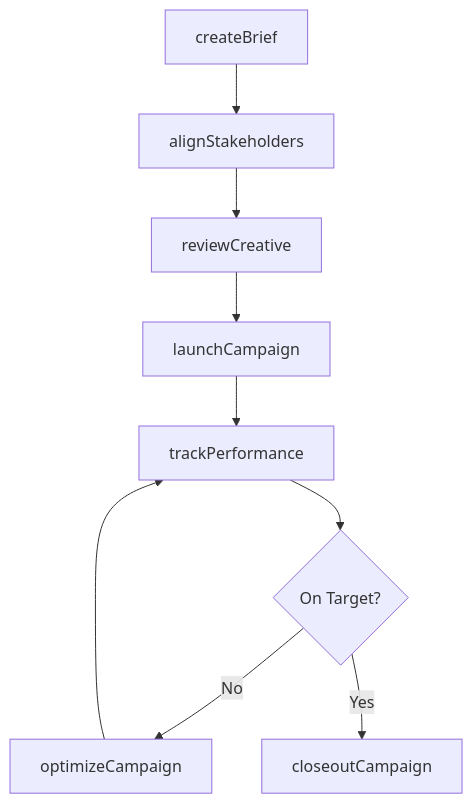
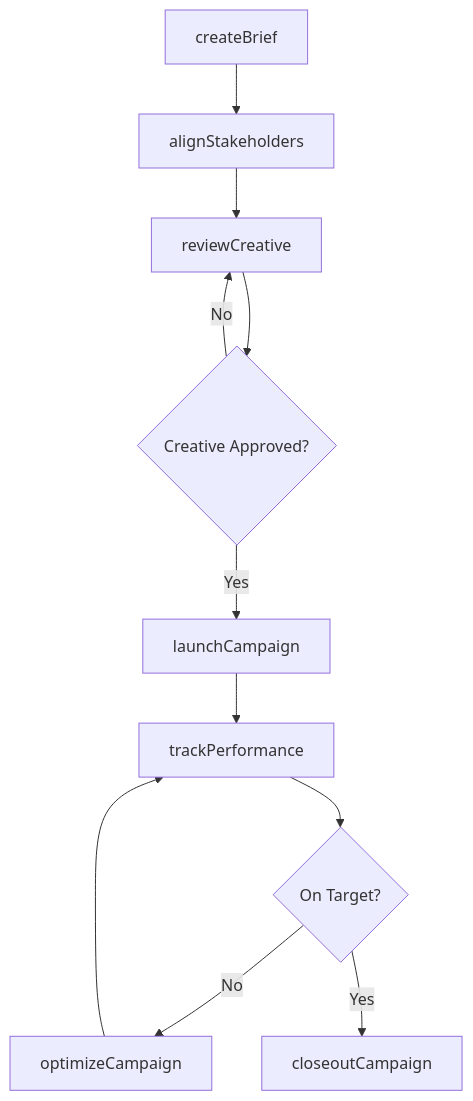
The third of 4 diagrams in CommunicatingWithSupervisorsPeersOrSubordinates/CommunicateWithOthersAboutBusinessStrategies/CollaborateOthersMarketingActivities.mdx (dot-org-ai/tasks.org.ai), drawn with Mermaid before and after one commit. The commit also changed other lines of this file and 266 other files, not shown here.

First line of the commit message:
feat: Add ER diagrams, state diagrams to wave 2 batch (251 DWA files)

````diff
--- a/CommunicatingWithSupervisorsPeersOrSubordinates/CommunicateWithOthersAboutBusinessStrategies/CollaborateOthersMarketingActivities.mdx
+++ b/CommunicatingWithSupervisorsPeersOrSubordinates/CommunicateWithOthersAboutBusinessStrategies/CollaborateOthersMarketingActivities.mdx
@@ -85,11 +112,13 @@
 ```mermaid
 graph TD
     A[createBrief] --> B[alignStakeholders]
     B --> C[reviewCreative]
-    C --> D[launchCampaign]
-    D --> E[trackPerformance]
-    E --> F{On Target?}
-    F -->|No| G[optimizeCampaign]
-    G --> E
-    F -->|Yes| H[closeoutCampaign]
+    C --> D{Creative Approved?}
+    D -->|No| C
+    D -->|Yes| E[launchCampaign]
+    E --> F[trackPerformance]
+    F --> G{On Target?}
+    G -->|No| H[optimizeCampaign]
+    H --> F
+    G -->|Yes| I[closeoutCampaign]
 ```
````
